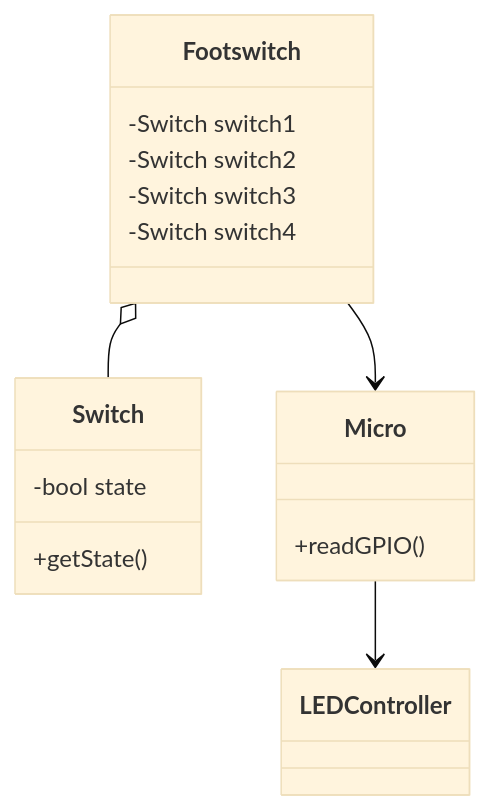
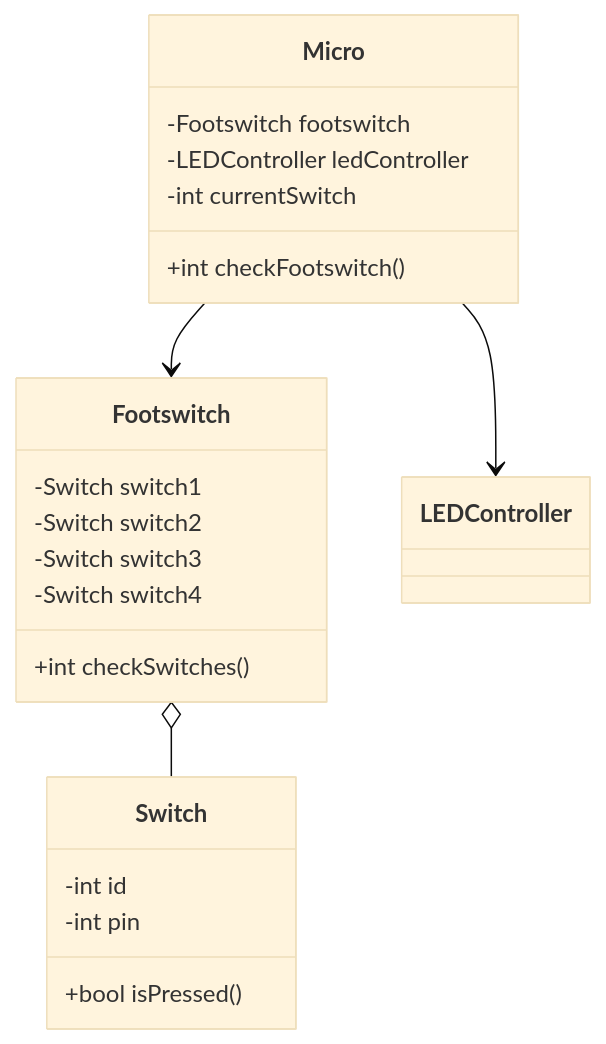
One commit to c-coyne/logic-pro-transport-controller changed the diagram in doc/design/module/Module.md. Above: the diagram before and after it, drawn with Mermaid (base theme). The commit also changed 7 other files, not shown here.

Commit message:
Set up communication to monitor GPIOs from Micro-->Footswitch-->Switch

````diff
--- a/doc/design/module/Module.md
+++ b/doc/design/module/Module.md
@@ -3,22 +3,27 @@
 ```mermaid
 classDiagram
     Footswitch o-- Switch
-    Footswitch --> Micro
+    Micro --> Footswitch
     Micro --> LEDController
     class Switch{
-        -bool state
-        +getState()
+        -int id
+        -int pin
+        +bool isPressed()
     }
     class Footswitch{
         -Switch switch1
         -Switch switch2
         -Switch switch3
         -Switch switch4
+        +int checkSwitches()
     }
     class Micro{
-        +readGPIO()
+        -Footswitch footswitch
+        -LEDController ledController
+        -int currentSwitch
+        +int checkFootswitch()
     }
     class LEDController{
 
     }
 ```
````
